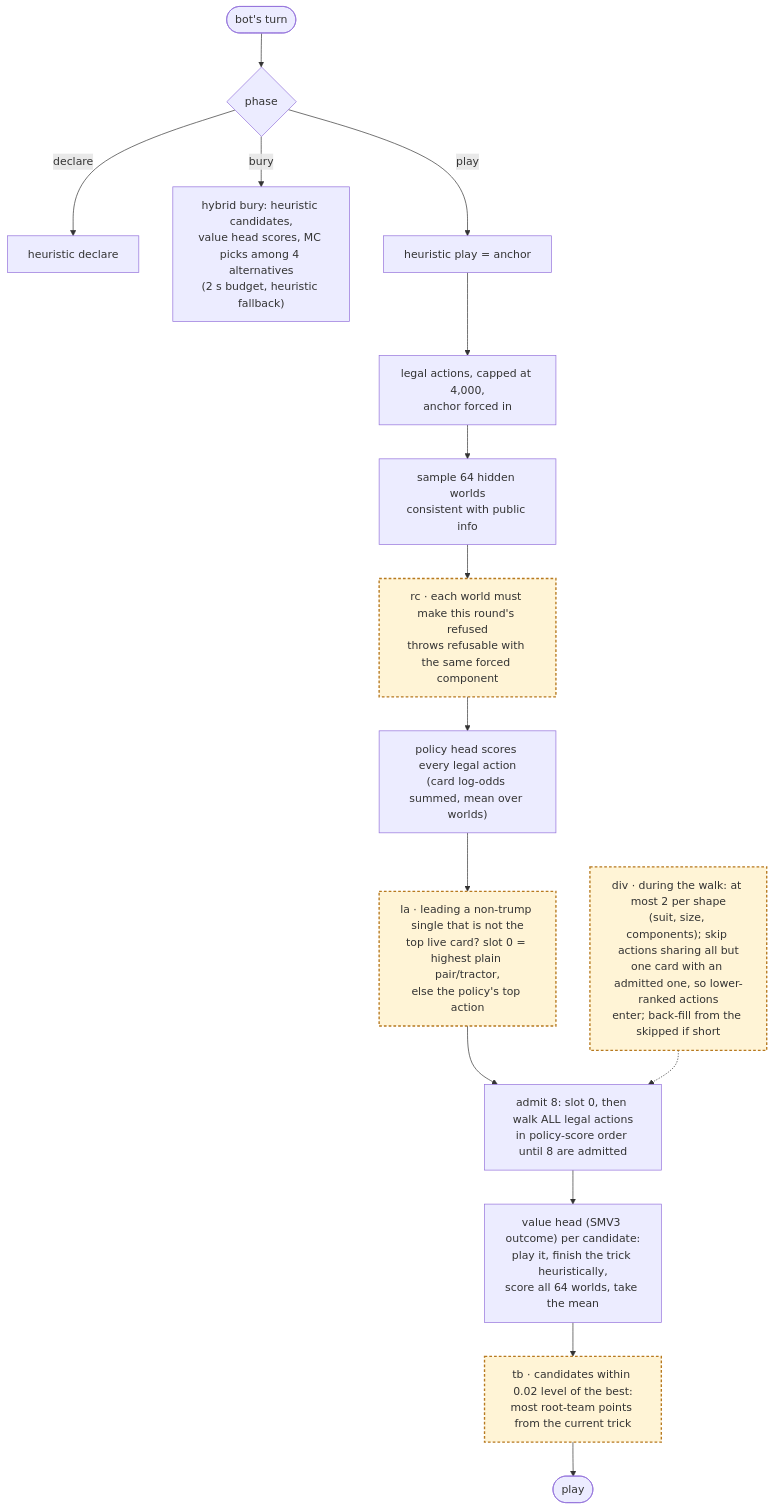
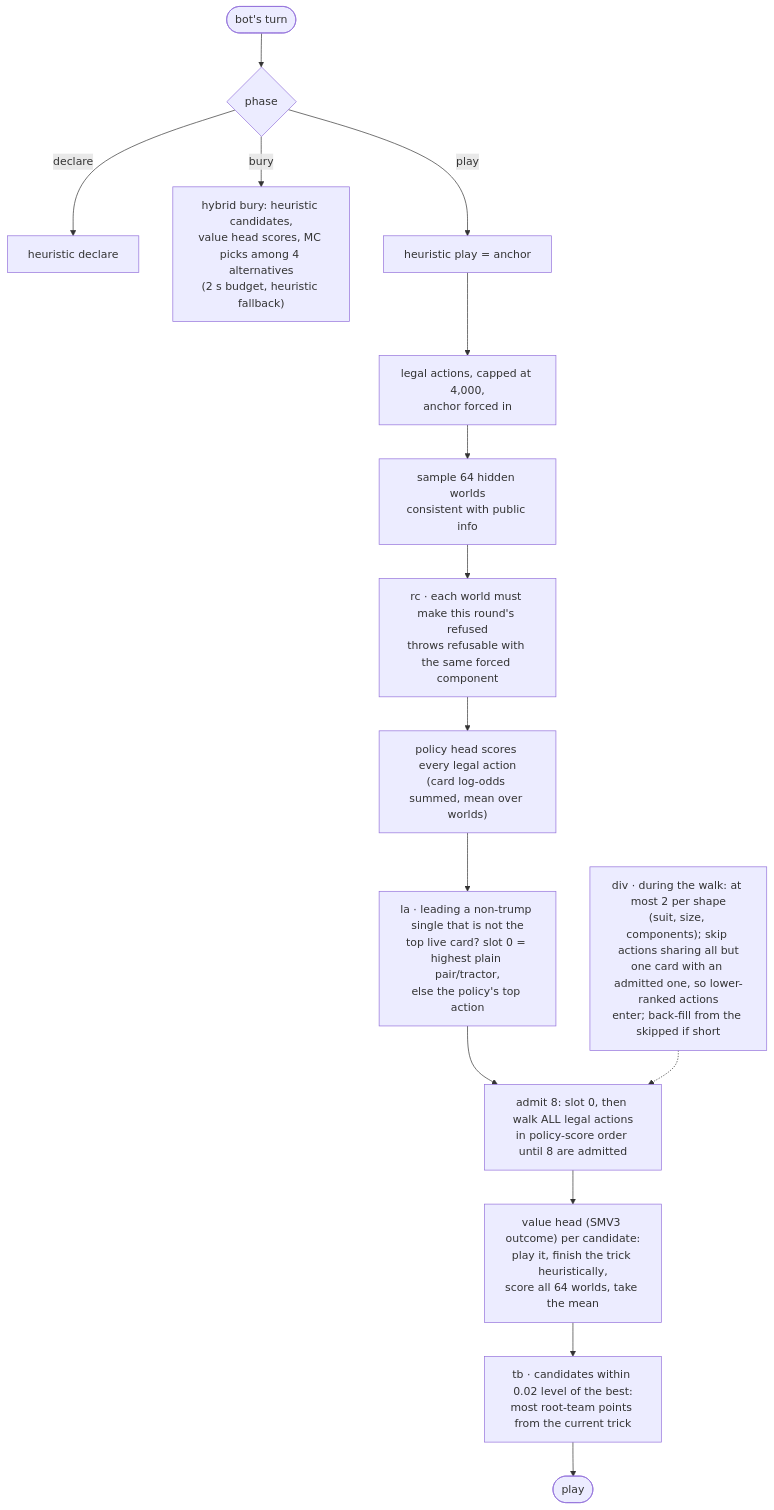
Before and after one commit to jerryyyu/shengji: the diagram in README.md, drawn with Mermaid. The commit also changed other lines of this file and 6 other files, not shown here.

````diff
--- a/README.md
+++ b/README.md
@@ -19,19 +18,17 @@
 ```mermaid
 flowchart TD
   turn(["bot's turn"]) --> phase{phase}
   phase -->|declare| dec["heuristic declare"]
   phase -->|bury| bury["hybrid bury: heuristic candidates,<br/>value head scores, MC picks among 4 alternatives<br/>(2 s budget, heuristic fallback)"]
   phase -->|play| anchor["heuristic play = anchor"]
   anchor --> legal["legal actions, capped at 4,000,<br/>anchor forced in"]
   legal --> worlds["sample 64 hidden worlds<br/>consistent with public info"]
   worlds --> rc["rc · each world must make this round's refused<br/>throws refusable with the same forced component"]
   rc --> prior["policy head scores every legal action<br/>(card log-odds summed, mean over worlds)"]
   prior --> la["la · leading a non-trump single that is not the<br/>top live card? slot 0 = highest plain pair/tractor,<br/>else the policy's top action"]
   la --> admit["admit 8: slot 0, then walk ALL legal actions<br/>in policy-score order until 8 are admitted"]
   div["div · during the walk: at most 2 per shape<br/>(suit, size, components); skip actions sharing all but<br/>one card with an admitted one, so lower-ranked actions<br/>enter; back-fill from the skipped if short"] -.-> admit
   admit --> value["value head (SMV3 outcome) per candidate:<br/>play it, finish the trick heuristically,<br/>score all 64 worlds, take the mean"]
   value --> tb["tb · candidates within 0.02 level of the best:<br/>most root-team points from the current trick"]
   tb --> play(["play"])
-  classDef r38 fill:#fff4d6,stroke:#b7791f,stroke-width:2px,stroke-dasharray:4 3;
-  class rc,la,div,tb r38;
 ```
````
